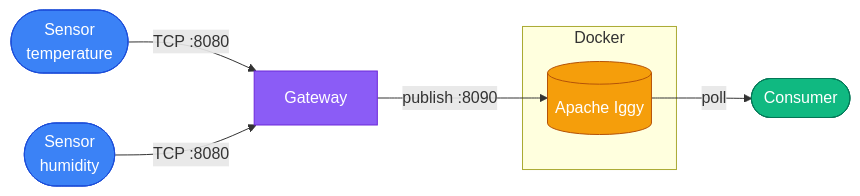
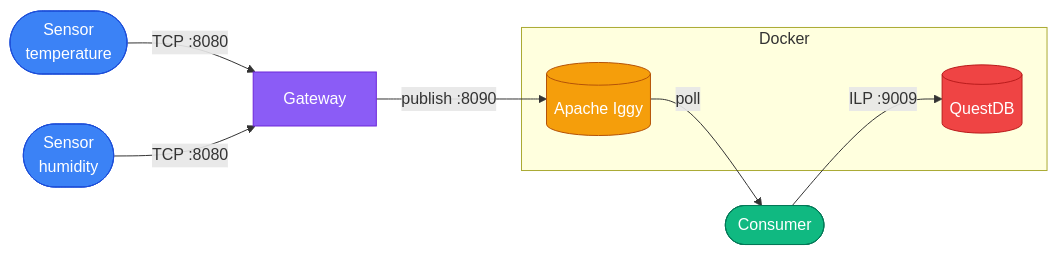
One commit to strbrgr/crucible changed the diagram in README.md. Above: the diagram before and after it, drawn with Mermaid. The commit also changed other lines of this file and 6 other files, not shown here.

````diff
--- a/README.md
+++ b/README.md
@@ -7,18 +7,21 @@
 ```mermaid
 flowchart LR
     classDef sensor   fill:#3b82f6,stroke:#1d4ed8,color:#fff
     classDef gateway  fill:#8b5cf6,stroke:#6d28d9,color:#fff
     classDef broker   fill:#f59e0b,stroke:#b45309,color:#fff
     classDef consumer fill:#10b981,stroke:#047857,color:#fff
+    classDef db       fill:#ef4444,stroke:#b91c1c,color:#fff
 
     S1([Sensor\ntemperature]):::sensor -->|TCP :8080| GW
     S2([Sensor\nhumidity]):::sensor    -->|TCP :8080| GW
 
     GW[Gateway]:::gateway -->|publish :8090| IGG
 
     subgraph Docker
         IGG[(Apache Iggy)]:::broker
+        QDB[(QuestDB)]:::db
     end
 
     IGG -->|poll| C([Consumer]):::consumer
+    C -->|ILP :9009| QDB
 ```
````
